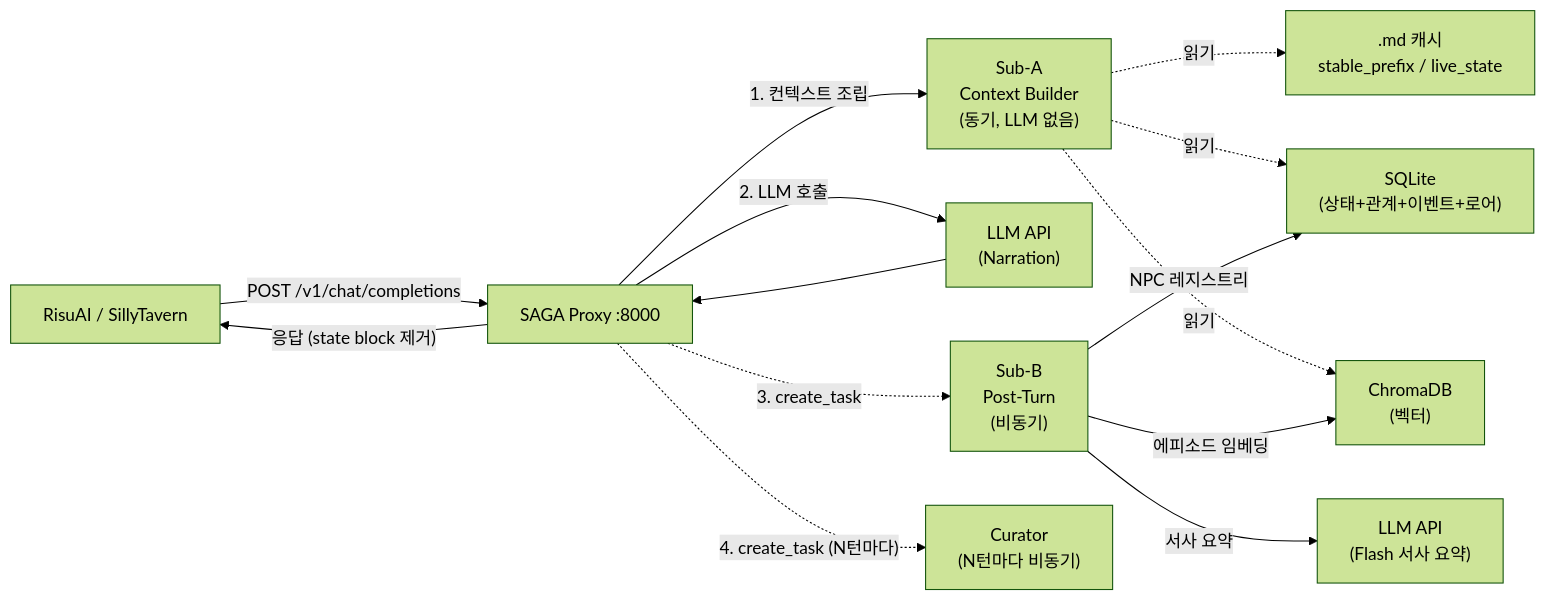
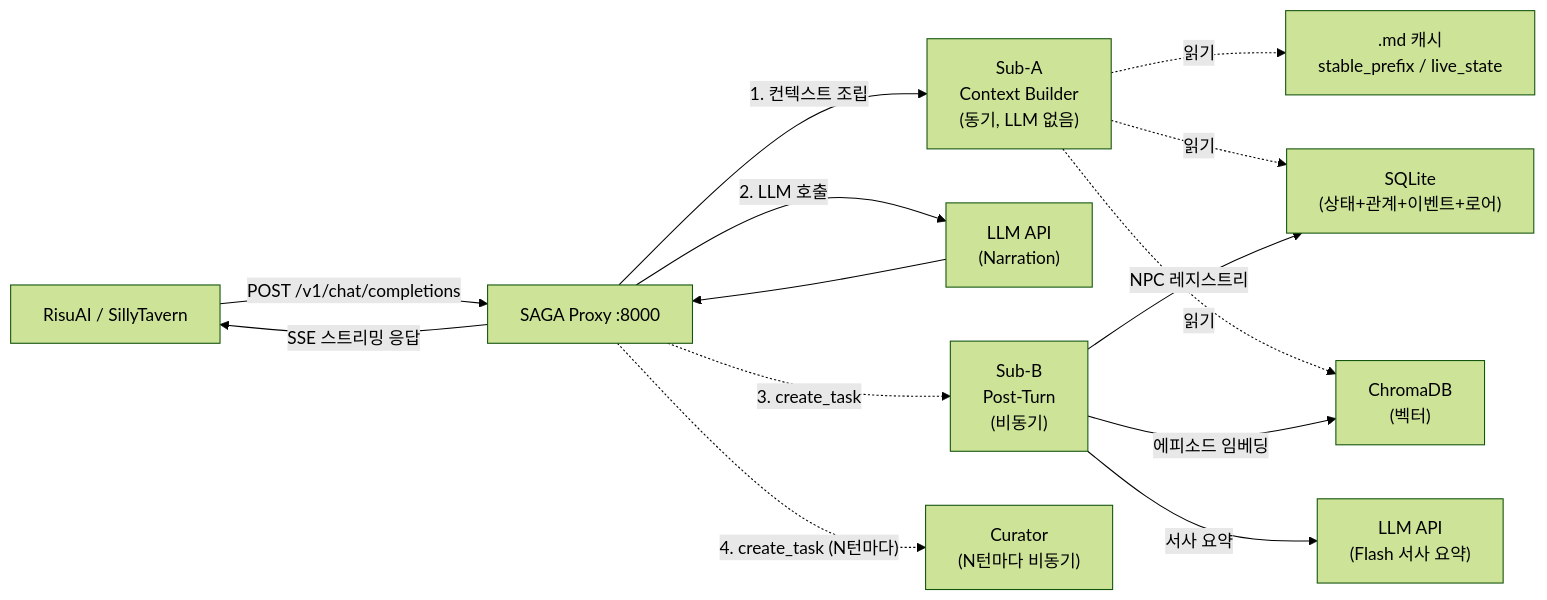
One commit to YangHyunu/SAGA changed the diagram in README.md. Above: the diagram before and after it, drawn with Mermaid (forest theme). The commit also changed other lines of this file and 1 other file, not shown here.

````diff
--- a/README.md
+++ b/README.md
@@ -251,34 +251,34 @@
 ```mermaid
 flowchart LR
     Client["RisuAI / SillyTavern"]
 
     Proxy["SAGA Proxy :8000"]
     SubA["Sub-A<br/>Context Builder<br/>(동기, LLM 없음)"]
     LLM["LLM API<br/>(Narration)"]
     SubB["Sub-B<br/>Post-Turn<br/>(비동기)"]
     Flash["LLM API<br/>(Flash 서사 요약)"]
     Curator["Curator<br/>(N턴마다 비동기)"]
 
     SQLite["SQLite<br/>(상태+관계+이벤트+로어)"]
     Chroma["ChromaDB<br/>(벡터)"]
     Cache[".md 캐시<br/>stable_prefix / live_state"]
 
     %% 요청 흐름
     Client -- "POST /v1/chat/completions" --> Proxy
     Proxy -- "1. 컨텍스트 조립" --> SubA
     SubA -. "읽기" .-> Cache
     SubA -. "읽기" .-> SQLite
     SubA -. "읽기" .-> Chroma
 
     Proxy -- "2. LLM 호출" --> LLM
     LLM --> Proxy
-    Proxy -- "응답 (state block 제거)" --> Client
+    Proxy -- "SSE 스트리밍 응답" --> Client
 
     %% 비동기 후처리 (Proxy가 둘 다 fire)
     Proxy -. "3. create_task" .-> SubB
     Proxy -. "4. create_task (N턴마다)" .-> Curator
 
     SubB -- "서사 요약" --> Flash
     SubB -- "NPC 레지스트리" --> SQLite
     SubB -- "에피소드 임베딩" --> Chroma
 ```
````
